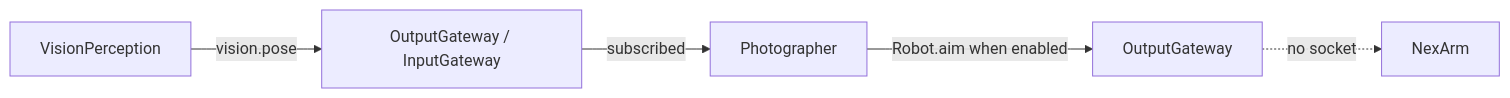
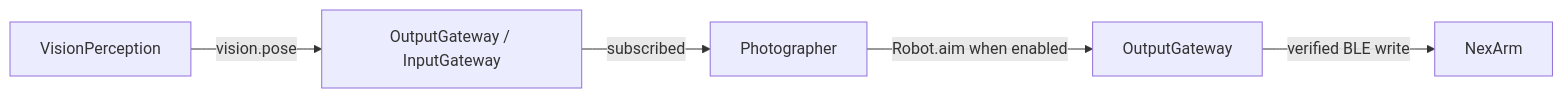
The diagram in docs/Photographer-Proposal.md (devilyouwei/MobileHarness), drawn with Mermaid before and after one commit. The commit also changed other lines of this file and 19 other files, not shown here.

````diff
--- a/docs/Photographer-Proposal.md
+++ b/docs/Photographer-Proposal.md
@@ -16,7 +16,7 @@
 ```mermaid
 flowchart LR
     Vision[VisionPerception] -->|vision.pose| OG[OutputGateway / InputGateway]
     OG -->|subscribed| Photographer[Photographer]
     Photographer -->|Robot.aim when enabled| Output[OutputGateway]
-    Output -.->|no socket| Device[NexArm]
+    Output -->|verified BLE write| Device[NexArm]
 ```
````
